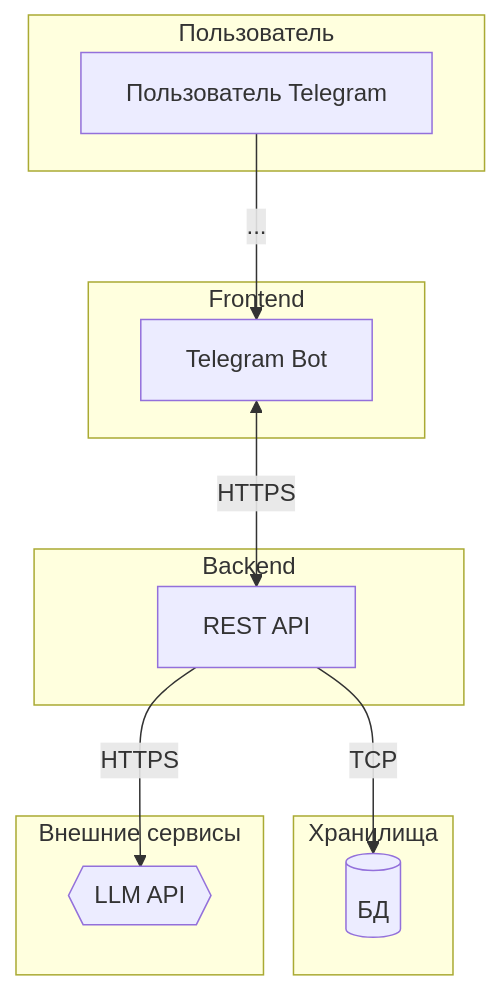
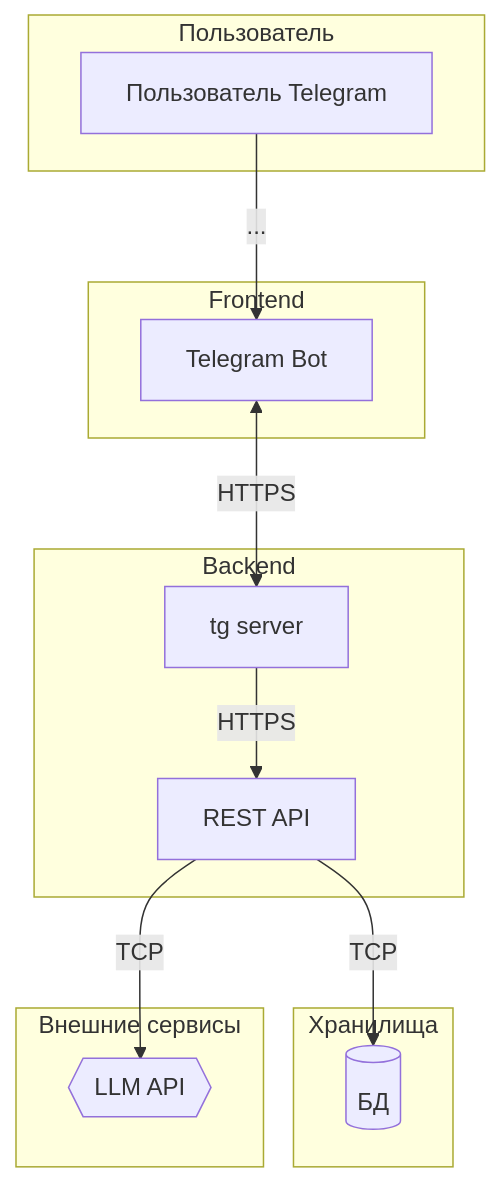
One commit to patolog123/Analyst-3.0 changed the diagram in Анастасия_Друзьянова/architect.MD. Above: the diagram before and after it, drawn with Mermaid.

````diff
--- a/Анастасия_Друзьянова/architect.MD
+++ b/Анастасия_Друзьянова/architect.MD
@@ -1,28 +1,33 @@
 ```mermaid
 graph TD
     subgraph "Пользователь"
         A[Пользователь Telegram]
     end
 
     subgraph "Frontend"
         B[Telegram Bot]
     end
+    
+    subgraph "Backend"
+        C[tg server]
+    end
 
     subgraph "Backend"
-        C[REST API]
+        D[REST API]
     end
 
     subgraph "Хранилища"
-        D[(БД)]
+        E[(БД)]
     end
 
     subgraph "Внешние сервисы"
-        H{{LLM API}}
+        F{{LLM API}}
     end
 
     %% Связи между компонентами
     A -- ... --> B
     B <-- HTTPS --> C
-    C -- HTTPS --> H
-    C -- TCP --> D
+    C -- HTTPS --> D
+    D -- TCP --> E
+    D -- TCP --> F
 ```
````
